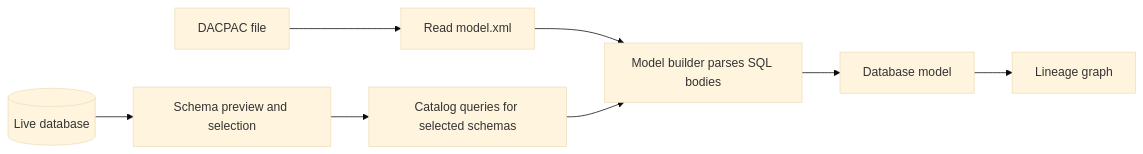
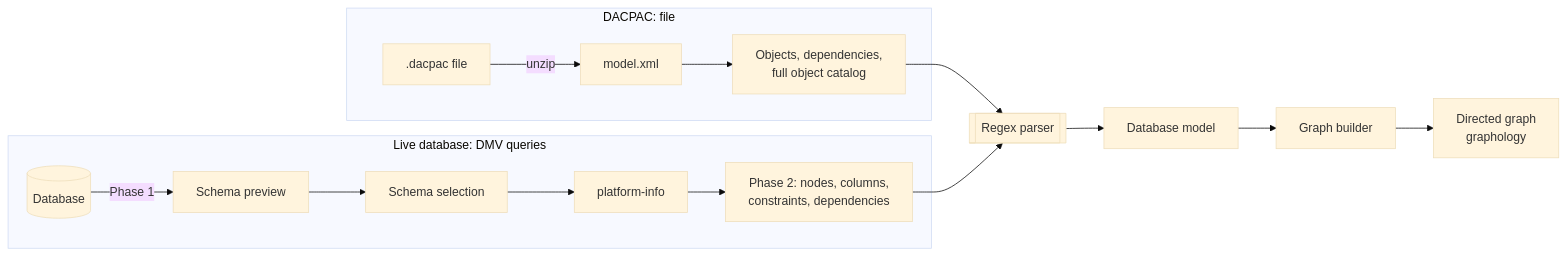
The first of 3 diagrams in docs/DEVELOPER_GUIDE.md (ChrisDevRepo/vscode_data_lineage), drawn with Mermaid (base theme) before and after one commit. The commit also changed other lines of this file and 2 other files, not shown here.

First line of the commit message:
docs: restore developer guide depth, add remaining DMV limits

````diff
--- a/docs/DEVELOPER_GUIDE.md
+++ b/docs/DEVELOPER_GUIDE.md
@@ -28,10 +53,17 @@
 ```mermaid
 flowchart LR
-    DAC[DACPAC file] --> XML[Read model.xml]
-    DB[(Live database)] --> PRE[Schema preview and selection]
-    PRE --> CAT[Catalog queries for selected schemas]
-    XML --> MB[Model builder parses SQL bodies]
-    CAT --> MB
-    MB --> MODEL[Database model]
-    MODEL --> GRAPH[Lineage graph]
+    subgraph DACPAC[DACPAC: file]
+        DP[.dacpac file] -->|unzip| MX[model.xml]
+        MX --> DX[Objects, dependencies,<br/>full object catalog]
+    end
+    subgraph LIVE[Live database: DMV queries]
+        SRV[(Database)] -->|Phase 1| CAT[Schema preview]
+        CAT --> SEL[Schema selection]
+        SEL --> PI[platform-info]
+        PI --> DDL[Phase 2: nodes, columns,<br/>constraints, dependencies]
+    end
+    DX --> PARSE[[Regex parser]]
+    DDL --> PARSE
+    PARSE --> DM[Database model]
+    DM --> GB[Graph builder] --> G[Directed graph<br/>graphology]
 ```
````
